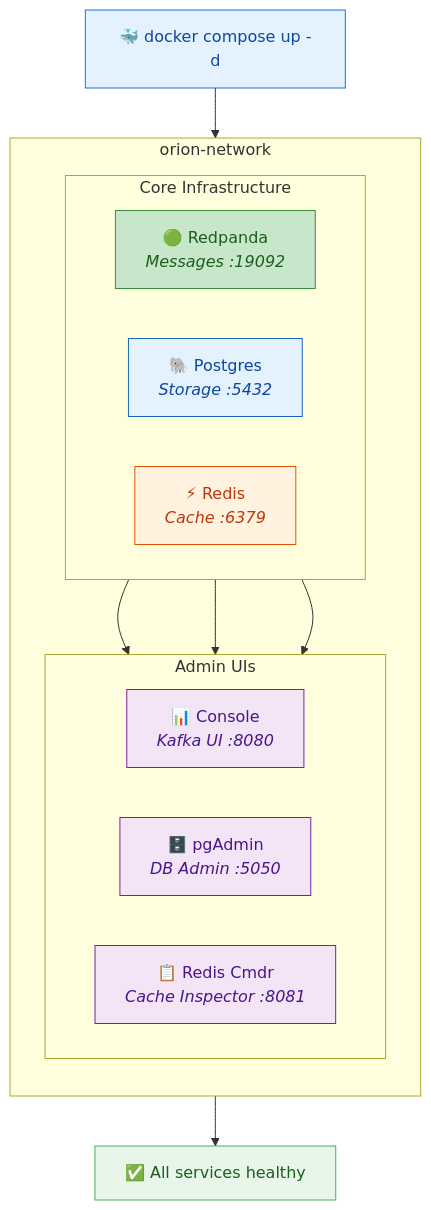
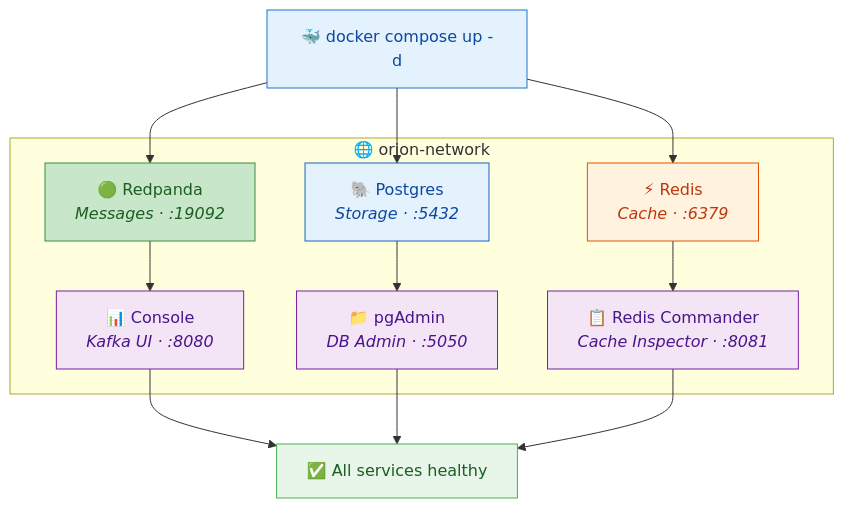
The second of 4 diagrams in docs/eli5-guide.md (oladejiayo/Orion), drawn with Mermaid before and after one commit. The commit also changed other lines of this file, not shown here.

First line of the commit message:
docs: fix Mermaid diagram rendering issues in ELI5 guide

````diff
--- a/docs/eli5-guide.md
+++ b/docs/eli5-guide.md
@@ -136,37 +136,22 @@
 ```mermaid
 flowchart TD
-    CMD["🐳 docker compose up -d"] --> NET
+    CMD["🐳 docker compose up -d"]
 
-    subgraph NET ["orion-network"]
-        direction TB
-
-        subgraph CORE ["Core Infrastructure"]
-            direction LR
-            RP["🟢 Redpanda\n<i>Messages :19092</i>"]
-            PG["🐘 Postgres\n<i>Storage :5432</i>"]
-            RD["⚡ Redis\n<i>Cache :6379</i>"]
-        end
-
-        subgraph UI ["Admin UIs"]
-            direction LR
-            CON["📊 Console\n<i>Kafka UI :8080</i>"]
-            PGA["🗄️ pgAdmin\n<i>DB Admin :5050</i>"]
-            RDC["📋 Redis Cmdr\n<i>Cache Inspector :8081</i>"]
-        end
-
-        RP --> CON
-        PG --> PGA
-        RD --> RDC
+    subgraph NET ["🌐 orion-network"]
+        RP["🟢 Redpanda\n<i>Messages · :19092</i>"] --> CON["📊 Console\n<i>Kafka UI · :8080</i>"]
+        PG["🐘 Postgres\n<i>Storage · :5432</i>"] --> PGA["📁 pgAdmin\n<i>DB Admin · :5050</i>"]
+        RD["⚡ Redis\n<i>Cache · :6379</i>"] --> RDC["📋 Redis Commander\n<i>Cache Inspector · :8081</i>"]
     end
 
-    NET --> OK["✅ All services healthy"]
+    CMD --> RP & PG & RD
+    CON & PGA & RDC --> OK["✅ All services healthy"]
 
     style CMD fill:#e3f2fd,stroke:#1976d2,color:#0d47a1
     style RP fill:#c8e6c9,stroke:#388e3c,color:#1b5e20
     style PG fill:#e3f2fd,stroke:#1565c0,color:#0d47a1
     style RD fill:#fff3e0,stroke:#e65100,color:#bf360c
     style CON fill:#f3e5f5,stroke:#7b1fa2,color:#4a148c
     style PGA fill:#f3e5f5,stroke:#7b1fa2,color:#4a148c
     style RDC fill:#f3e5f5,stroke:#7b1fa2,color:#4a148c
     style OK fill:#e8f5e9,stroke:#4caf50,color:#1b5e20
 ```
````
